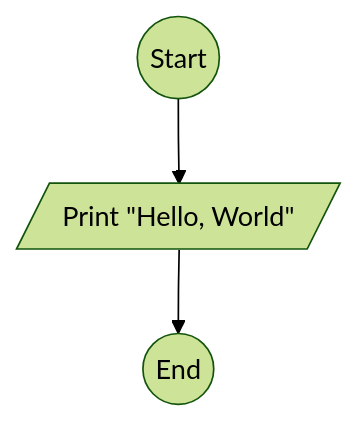
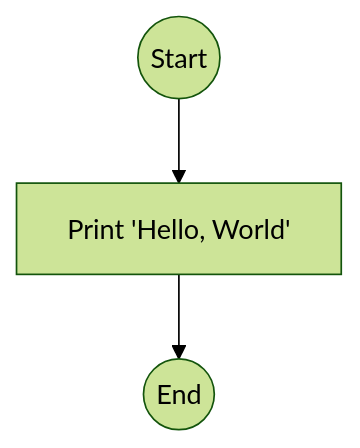
The diagram in problemSet1/HelloWorld.mmd (AmpongJkevin2/Flowchart-), drawn with Mermaid (forest theme) before and after one commit. The commit also changed 6 other files, not shown here.

```diff
--- a/problemSet1/HelloWorld.mmd
+++ b/problemSet1/HelloWorld.mmd
@@ -1,1 +1,3 @@
-graph TD; A((Start))-->B[/Print "Hello, World"/]-->C((End));
+graph TD;
+    A((Start)) --> B["Print 'Hello, World'"];
+    B --> C((End));
```
